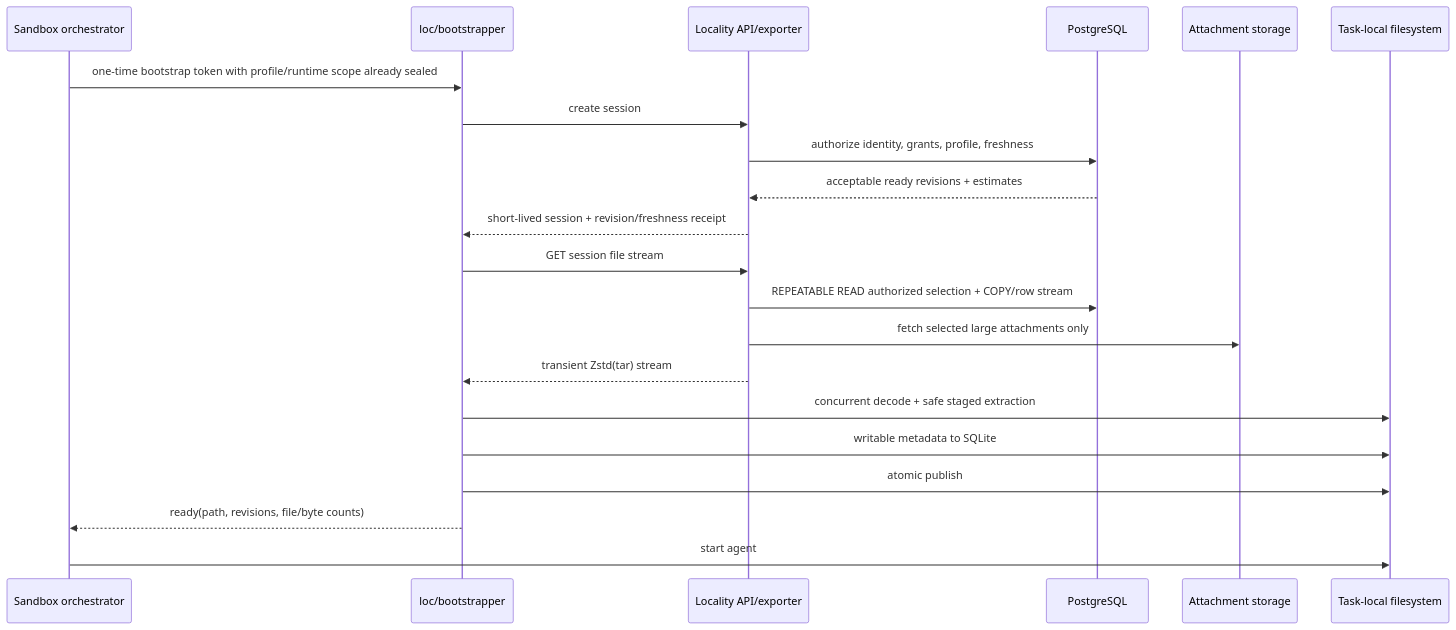
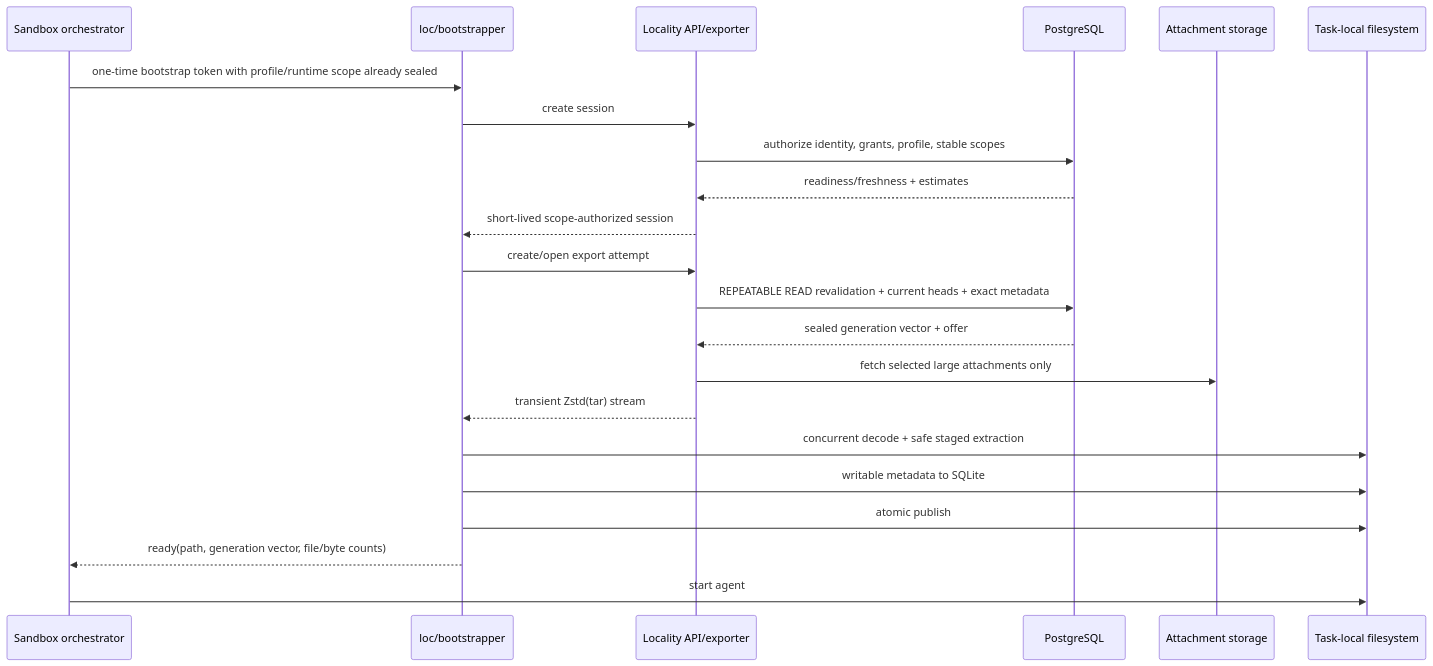
Before and after one commit to codeflash-ai/locality: the third of 4 diagrams in docs/cloud-sandbox-data-plane.md, drawn with Mermaid. The commit also changed other lines of this file, not shown here.

Commit message:
Define scope-authorized current-head exports

````diff
--- a/docs/cloud-sandbox-data-plane.md
+++ b/docs/cloud-sandbox-data-plane.md
@@ -1288,24 +1392,25 @@
 ```mermaid
 sequenceDiagram
   participant O as Sandbox orchestrator
   participant L as loc/bootstrapper
   participant A as Locality API/exporter
   participant P as PostgreSQL
   participant B as Attachment storage
   participant F as Task-local filesystem
 
   O->>L: one-time bootstrap token with profile/runtime scope already sealed
   L->>A: create session
-  A->>P: authorize identity, grants, profile, freshness
-  P-->>A: acceptable ready revisions + estimates
-  A-->>L: short-lived session + revision/freshness receipt
-  L->>A: GET session file stream
-  A->>P: REPEATABLE READ authorized selection + COPY/row stream
+  A->>P: authorize identity, grants, profile, stable scopes
+  P-->>A: readiness/freshness + estimates
+  A-->>L: short-lived scope-authorized session
+  L->>A: create/open export attempt
+  A->>P: REPEATABLE READ revalidation + current heads + exact metadata
+  P-->>A: sealed generation vector + offer
   A->>B: fetch selected large attachments only
   A-->>L: transient Zstd(tar) stream
   L->>F: concurrent decode + safe staged extraction
   L->>F: writable metadata to SQLite
   L->>F: atomic publish
-  L-->>O: ready(path, revisions, file/byte counts)
+  L-->>O: ready(path, generation vector, file/byte counts)
   O->>F: start agent
 ```
````
